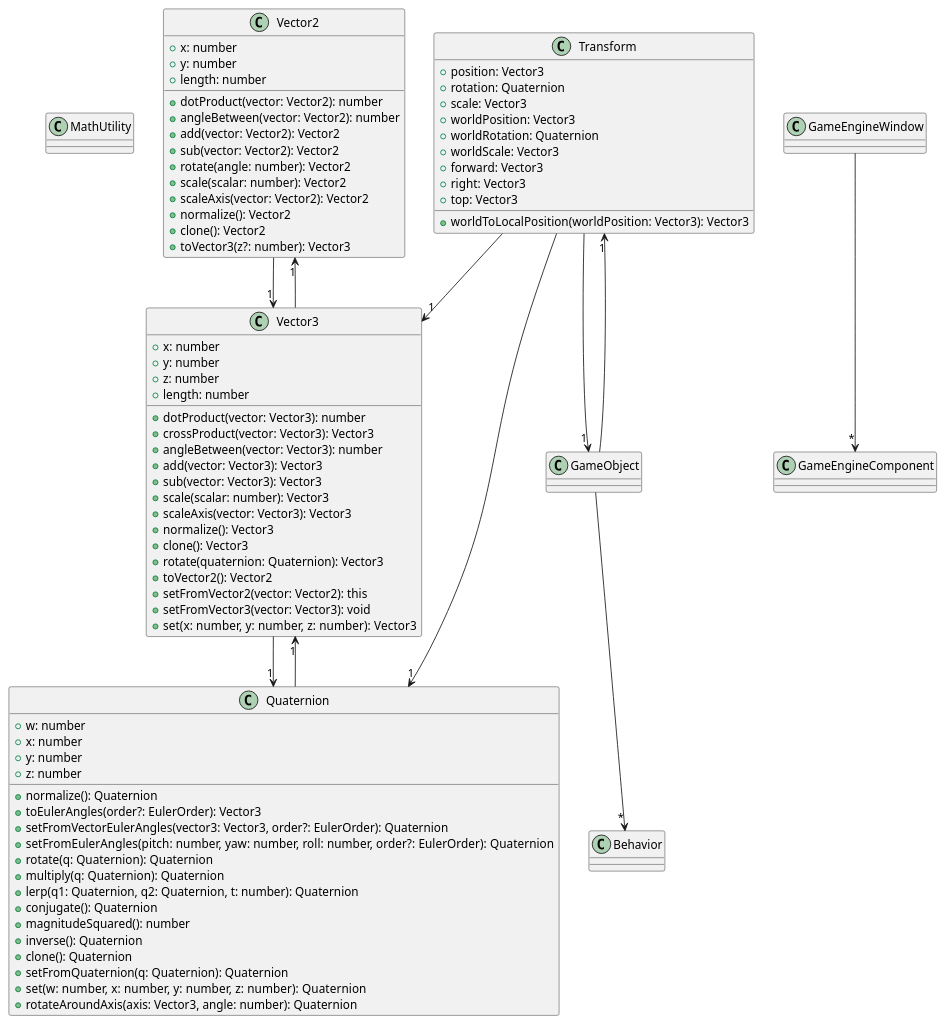
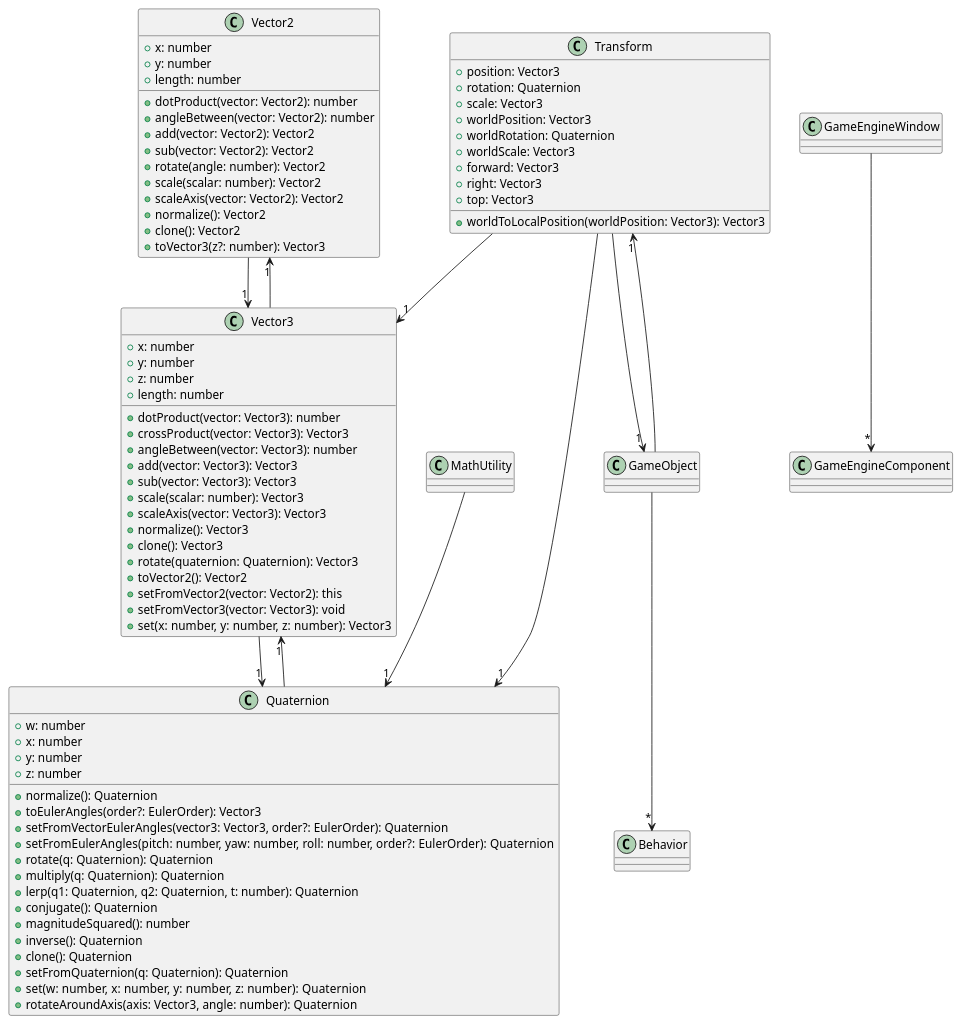
Before and after one commit to CPNV-ES/game-engine: the diagram in doc/diagrams/Core_MathStructures.puml, drawn with PlantUML. The commit also changed 5 other files, not shown here.

Commit message:
docs: update the diagrams and doc for the addition of forces in physicsEngine

```diff
--- a/doc/diagrams/Core_MathStructures.puml
+++ b/doc/diagrams/Core_MathStructures.puml
@@ -1,81 +1,82 @@
 @startuml
-class MathUtility {
-}
 class Vector2 {
     +x: number
     +y: number
     +length: number
     +dotProduct(vector: Vector2): number
     +angleBetween(vector: Vector2): number
     +add(vector: Vector2): Vector2
     +sub(vector: Vector2): Vector2
     +rotate(angle: number): Vector2
     +scale(scalar: number): Vector2
     +scaleAxis(vector: Vector2): Vector2
     +normalize(): Vector2
     +clone(): Vector2
     +toVector3(z?: number): Vector3
 }
 class Vector3 {
     +x: number
     +y: number
     +z: number
     +length: number
     +dotProduct(vector: Vector3): number
     +crossProduct(vector: Vector3): Vector3
     +angleBetween(vector: Vector3): number
     +add(vector: Vector3): Vector3
     +sub(vector: Vector3): Vector3
     +scale(scalar: number): Vector3
     +scaleAxis(vector: Vector3): Vector3
     +normalize(): Vector3
     +clone(): Vector3
     +rotate(quaternion: Quaternion): Vector3
     +toVector2(): Vector2
     +setFromVector2(vector: Vector2): this
     +setFromVector3(vector: Vector3): void
     +set(x: number, y: number, z: number): Vector3
 }
 class Quaternion {
     +w: number
     +x: number
     +y: number
     +z: number
     +normalize(): Quaternion
     +toEulerAngles(order?: EulerOrder): Vector3
     +setFromVectorEulerAngles(vector3: Vector3, order?: EulerOrder): Quaternion
     +setFromEulerAngles(pitch: number, yaw: number, roll: number, order?: EulerOrder): Quaternion
     +rotate(q: Quaternion): Quaternion
     +multiply(q: Quaternion): Quaternion
     +lerp(q1: Quaternion, q2: Quaternion, t: number): Quaternion
     +conjugate(): Quaternion
     +magnitudeSquared(): number
     +inverse(): Quaternion
     +clone(): Quaternion
     +setFromQuaternion(q: Quaternion): Quaternion
     +set(w: number, x: number, y: number, z: number): Quaternion
     +rotateAroundAxis(axis: Vector3, angle: number): Quaternion
 }
+class MathUtility {
+}
 class Transform {
     +position: Vector3
     +rotation: Quaternion
     +scale: Vector3
     +worldPosition: Vector3
     +worldRotation: Quaternion
     +worldScale: Vector3
     +worldToLocalPosition(worldPosition: Vector3): Vector3
     +forward: Vector3
     +right: Vector3
     +top: Vector3
 }
 Vector2 --> "1" Vector3
 Vector3 --> "1" Quaternion
 Vector3 --> "1" Vector2
 Quaternion --> "1" Vector3
+MathUtility --> "1" Quaternion
 GameEngineWindow --> "*" GameEngineComponent
 GameObject --> "1" Transform
 GameObject --> "*" Behavior
 Transform --> "1" Vector3
 Transform --> "1" Quaternion
 Transform --> "1" GameObject
 @enduml
```
